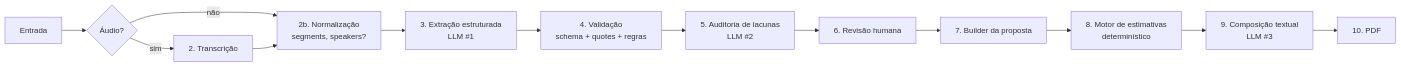
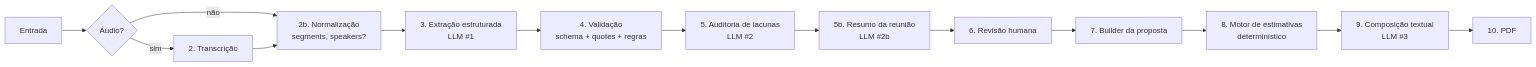
The diagram in docs/AI_PIPELINE.md (patrickmqs/hackathon2026), drawn with Mermaid before and after one commit. The commit also changed other lines of this file and 21 other files, not shown here.

First line of the commit message:
docs(ia): resumo da reunião gerado por IA (etapa 5b) + scripts de áudio sintético

````diff
--- a/docs/AI_PIPELINE.md
+++ b/docs/AI_PIPELINE.md
@@ -21,15 +22,16 @@
 ```mermaid
 flowchart LR
     IN[Entrada] --> T{Áudio?}
     T -- sim --> TR[2. Transcrição]
     T -- não --> NORM
     TR --> NORM[2b. Normalização<br/>segments, speakers?]
     NORM --> EX[3. Extração estruturada<br/>LLM #1]
     EX --> VAL[4. Validação<br/>schema + quotes + regras]
     VAL --> GAP[5. Auditoria de lacunas<br/>LLM #2]
-    GAP --> REV[6. Revisão humana]
+    GAP --> SUM[5b. Resumo da reunião<br/>LLM #2b]
+    SUM --> REV[6. Revisão humana]
     REV --> BUILD[7. Builder da proposta]
     BUILD --> EST[8. Motor de estimativas<br/>determinístico]
     EST --> COMP[9. Composição textual<br/>LLM #3]
     COMP --> PDF[10. PDF]
 ```
````
